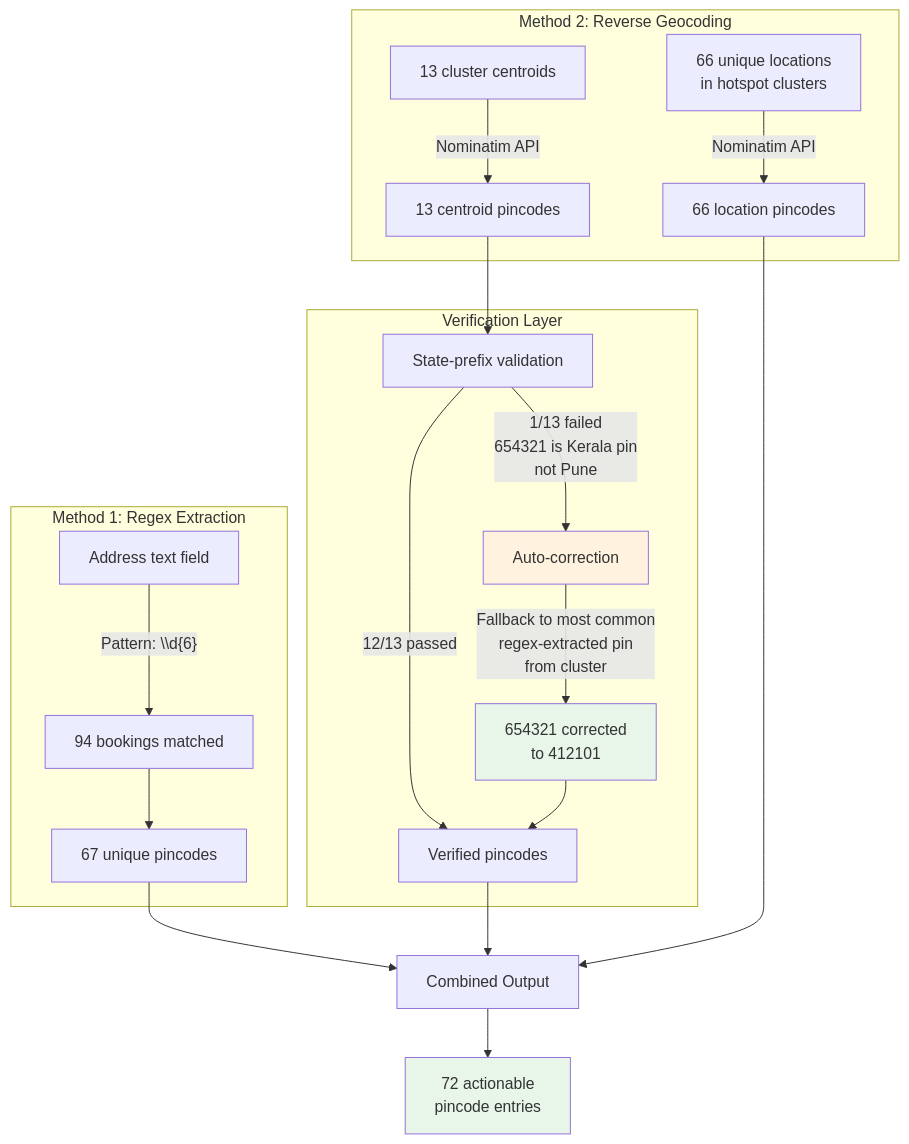
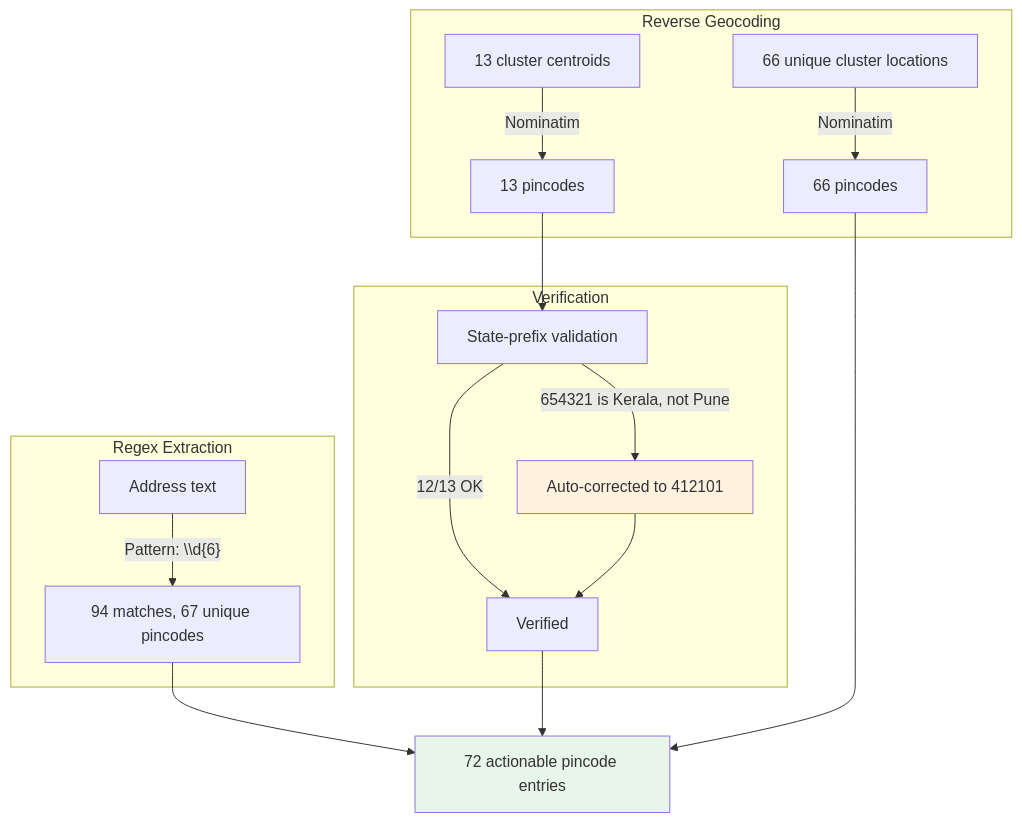
The fourth of 5 diagrams in README.md (Raakshass/oox-outskirt-geoblocking-analysis), drawn with Mermaid before and after one commit. The commit also changed other lines of this file and 7 other files, not shown here.

````diff
--- a/README.md
+++ b/README.md
@@ -302,29 +146,25 @@
 ```mermaid
 flowchart TD
-    subgraph Method1["Method 1: Regex Extraction"]
-        A1["Address text field"] -->|"Pattern: \\d{6}"| A2["94 bookings matched"]
-        A2 --> A3["67 unique pincodes"]
+    subgraph Method1["Regex Extraction"]
+        A1["Address text"] -->|"Pattern: \\d{6}"| A2["94 matches, 67 unique pincodes"]
     end
 
-    subgraph Method2["Method 2: Reverse Geocoding"]
-        B1["13 cluster centroids"] -->|Nominatim API| B2["13 centroid pincodes"]
-        B3["66 unique locations<br/>in hotspot clusters"] -->|Nominatim API| B4["66 location pincodes"]
+    subgraph Method2["Reverse Geocoding"]
+        B1["13 cluster centroids"] -->|Nominatim| B2["13 pincodes"]
+        B3["66 unique cluster locations"] -->|Nominatim| B4["66 pincodes"]
     end
 
-    subgraph Verification["Verification Layer"]
+    subgraph Verification
         B2 --> C1["State-prefix validation"]
-        C1 -->|"12/13 passed"| C2["Verified pincodes"]
-        C1 -->|"1/13 failed<br/>654321 is Kerala pin<br/>not Pune"| C3["Auto-correction"]
-        C3 -->|"Fallback to most common<br/>regex-extracted pin<br/>from cluster"| C4["654321 corrected<br/>to 412101"]
-        C4 --> C2
+        C1 -->|"12/13 OK"| C2["Verified"]
+        C1 -->|"654321 is Kerala, not Pune"| C3["Auto-corrected to 412101"]
+        C3 --> C2
     end
 
-    A3 --> D["Combined Output"]
+    A2 --> D["72 actionable pincode entries"]
     C2 --> D
     B4 --> D
-    D --> E["72 actionable<br/>pincode entries"]
 
     style C3 fill:#fff3e0
-    style C4 fill:#e8f5e9
-    style E fill:#e8f5e9
+    style D fill:#e8f5e9
 ```
````
